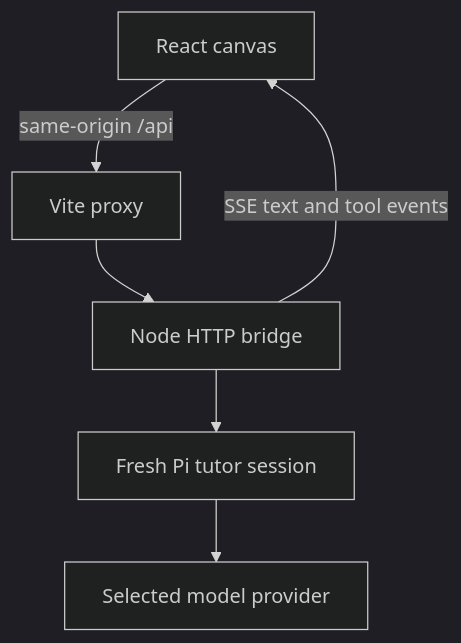
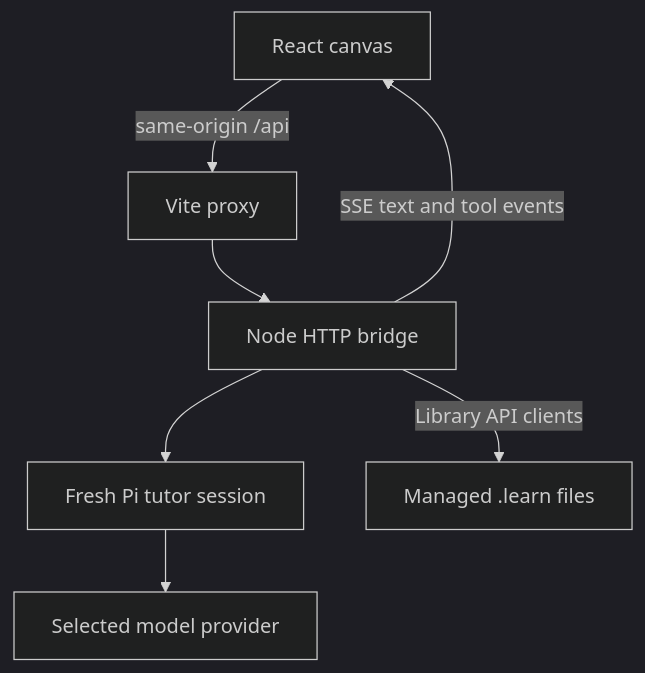
One commit to rinaldo-rex/learnvas changed the diagram in docs/development.md. Above: the diagram before and after it, drawn with Mermaid (dark theme). The commit also changed other lines of this file and 13 other files, not shown here.

````diff
--- a/docs/development.md
+++ b/docs/development.md
@@ -23,8 +23,9 @@
 ```mermaid
 flowchart TD
   A[React canvas] -->|same-origin /api| B[Vite proxy]
   B --> C[Node HTTP bridge]
   C --> D[Fresh Pi tutor session]
+  C -->|Library API clients| F[Managed .learn files]
   D --> E[Selected model provider]
   C -->|SSE text and tool events| A
 ```
````
